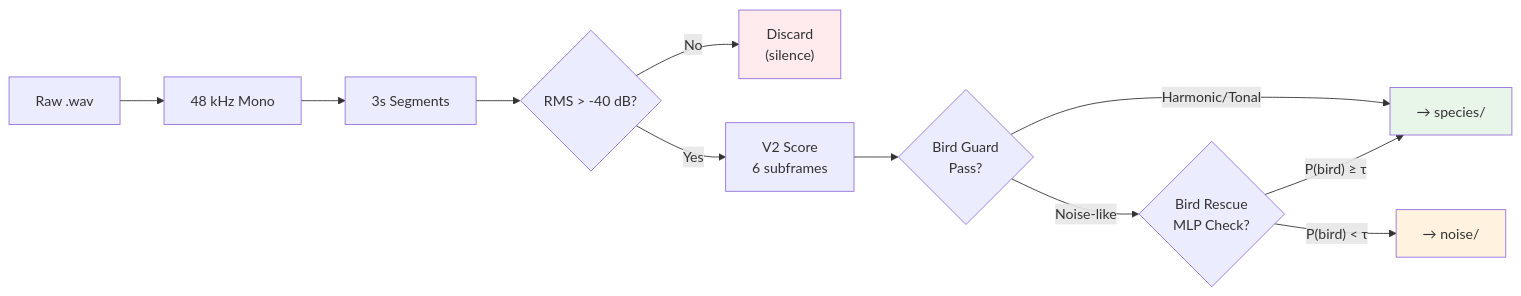
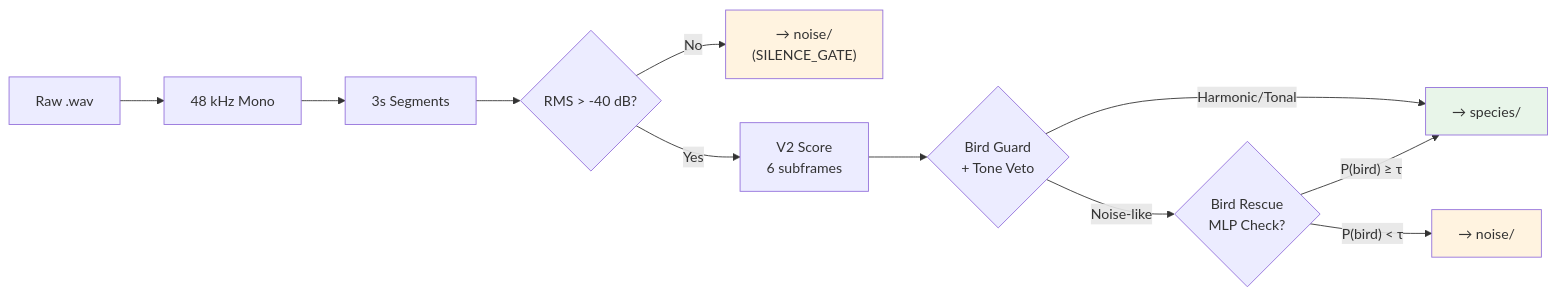
One commit to samarthkolur/Noise-Aware-Pipeline-for-Indian-Bird-Sound-Classification changed the fourth of 4 diagrams in README.md. Above: the diagram before and after it, drawn with Mermaid. The commit also changed other lines of this file and 35 other files, not shown here.

````diff
--- a/README.md
+++ b/README.md
@@ -383,17 +401,17 @@
 ```mermaid
 graph LR
     A["Raw .wav"] --> B["48 kHz Mono"]
     B --> C["3s Segments"]
     C --> D{"RMS > -40 dB?"}
-    D -->|"No"| E["Discard<br/>(silence)"]
+    D -->|"No"| E["→ noise/<br/>(SILENCE_GATE)"]
     D -->|"Yes"| F["V2 Score<br/>6 subframes"]
-    F --> G{"Bird Guard<br/>Pass?"}
+    F --> G{"Bird Guard<br/>+ Tone Veto"}
     G -->|"Harmonic/Tonal"| H["→ species/"]
     G -->|"Noise-like"| I{"Bird Rescue<br/>MLP Check?"}
     I -->|"P(bird) ≥ τ"| H
     I -->|"P(bird) < τ"| J["→ noise/"]
 
-    style E fill:#ffebee
+    style E fill:#fff3e0
     style H fill:#e8f5e9
     style J fill:#fff3e0
 ```
````
